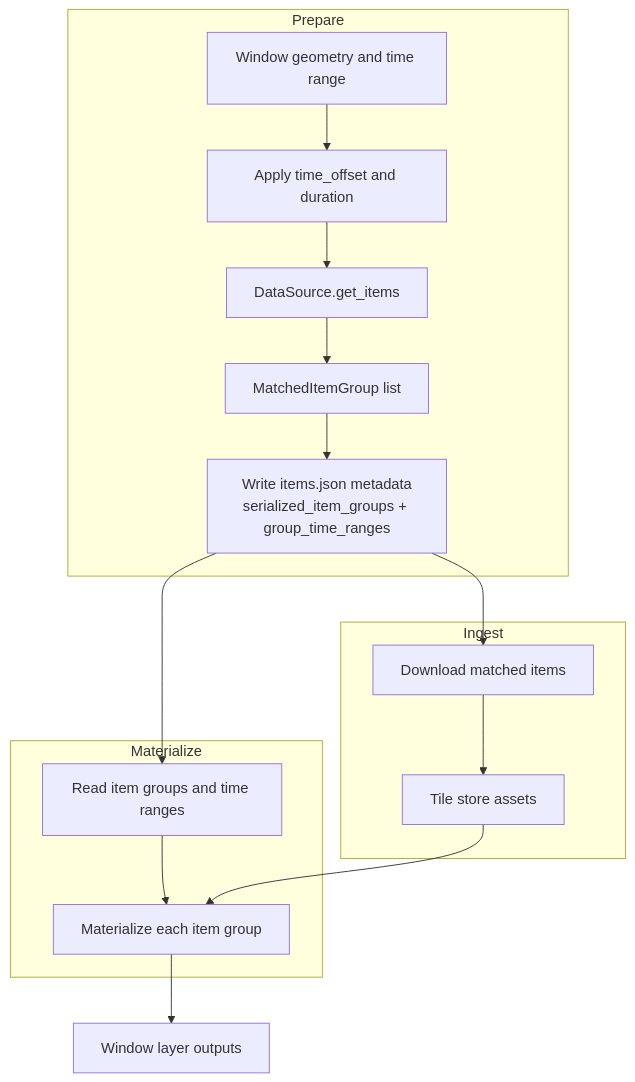
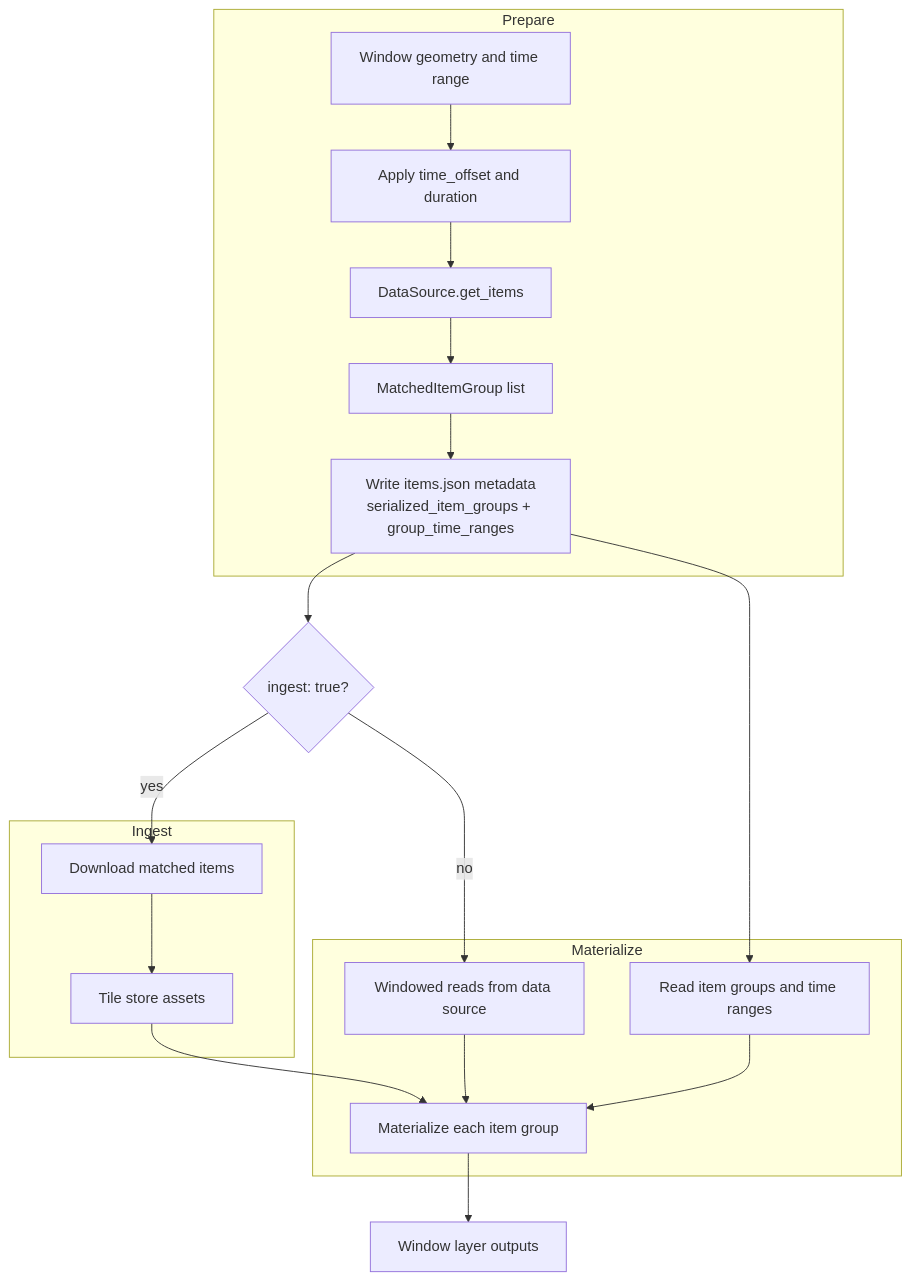
One commit to allenai/rslearn changed the diagram in docs/dataset_config/DataSourceConfig.md. Above: the diagram before and after it, drawn with Mermaid. The commit also changed other lines of this file, not shown here.

Commit message:
Clarify data retrieval stages and update flowchart in DataSourceConfig documentation

````diff
--- a/docs/dataset_config/DataSourceConfig.md
+++ b/docs/dataset_config/DataSourceConfig.md
@@ -68,24 +69,29 @@
 ```mermaid
 flowchart TD
     subgraph prepare["Prepare"]
         window["Window geometry and time range"] --> request["Apply time_offset and duration"]
         request --> get_items["DataSource.get_items"]
         get_items --> matched_groups["MatchedItemGroup list"]
         matched_groups --> items_json["Write items.json metadata\nserialized_item_groups + group_time_ranges"]
     end
 
+    items_json --> ingest_flag{"ingest: true?"}
+
     subgraph ingest_phase["Ingest"]
         ingest["Download matched items"]
         ingest --> tile_store["Tile store assets"]
     end
 
     subgraph materialize_phase["Materialize"]
         read_metadata["Read item groups and time ranges"]
+        direct_reads["Windowed reads from data source"]
         read_metadata --> materialize["Materialize each item group"]
         tile_store --> materialize
+        direct_reads --> materialize
     end
 
-    items_json --> ingest
+    ingest_flag -->|yes| ingest
+    ingest_flag -->|no| direct_reads
     items_json --> read_metadata
     materialize --> outputs["Window layer outputs"]
 ```
````
